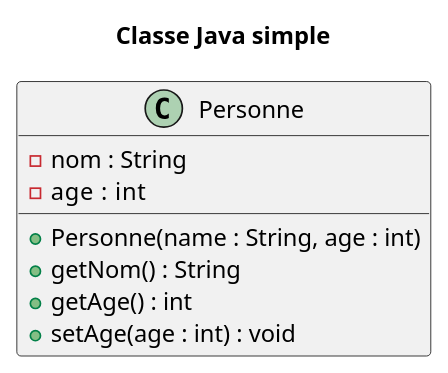
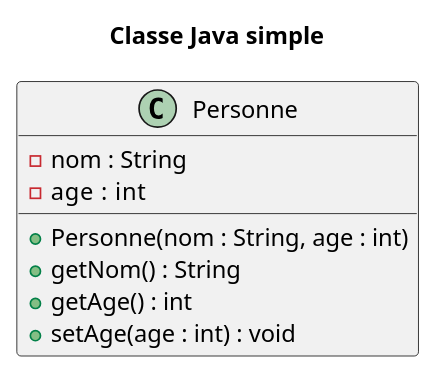
The diagram in Cours 02/Personne.puml (alexleclerc1/poo-h2026), drawn with PlantUML before and after one commit. The commit also changed 5 other files, not shown here.

```diff
--- a/Cours 02/Personne.puml
+++ b/Cours 02/Personne.puml
@@ -1,12 +1,12 @@
 @startuml Classe Personne
 title Classe Java simple
 
 class Personne {
   - nom : String
   - age  : int
-  + Personne(name : String, age : int)
+  + Personne(nom : String, age : int)
   + getNom() : String
   + getAge() : int
   + setAge(age : int) : void
 }
 @enduml
```
